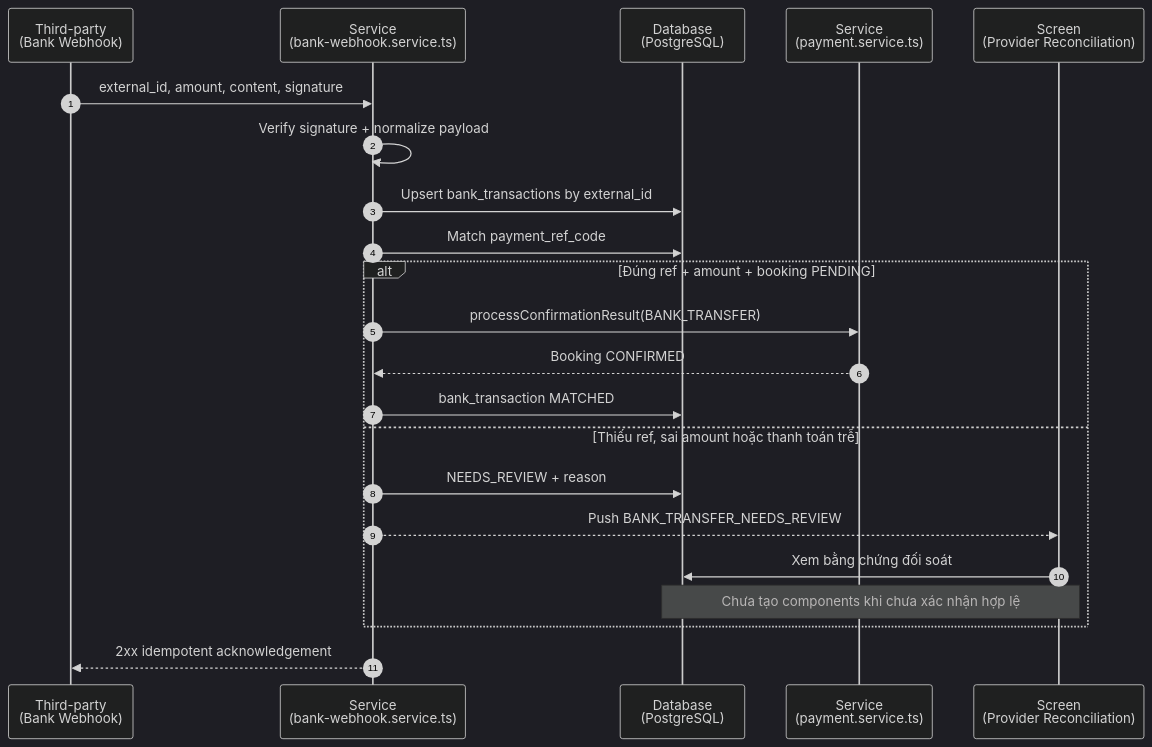
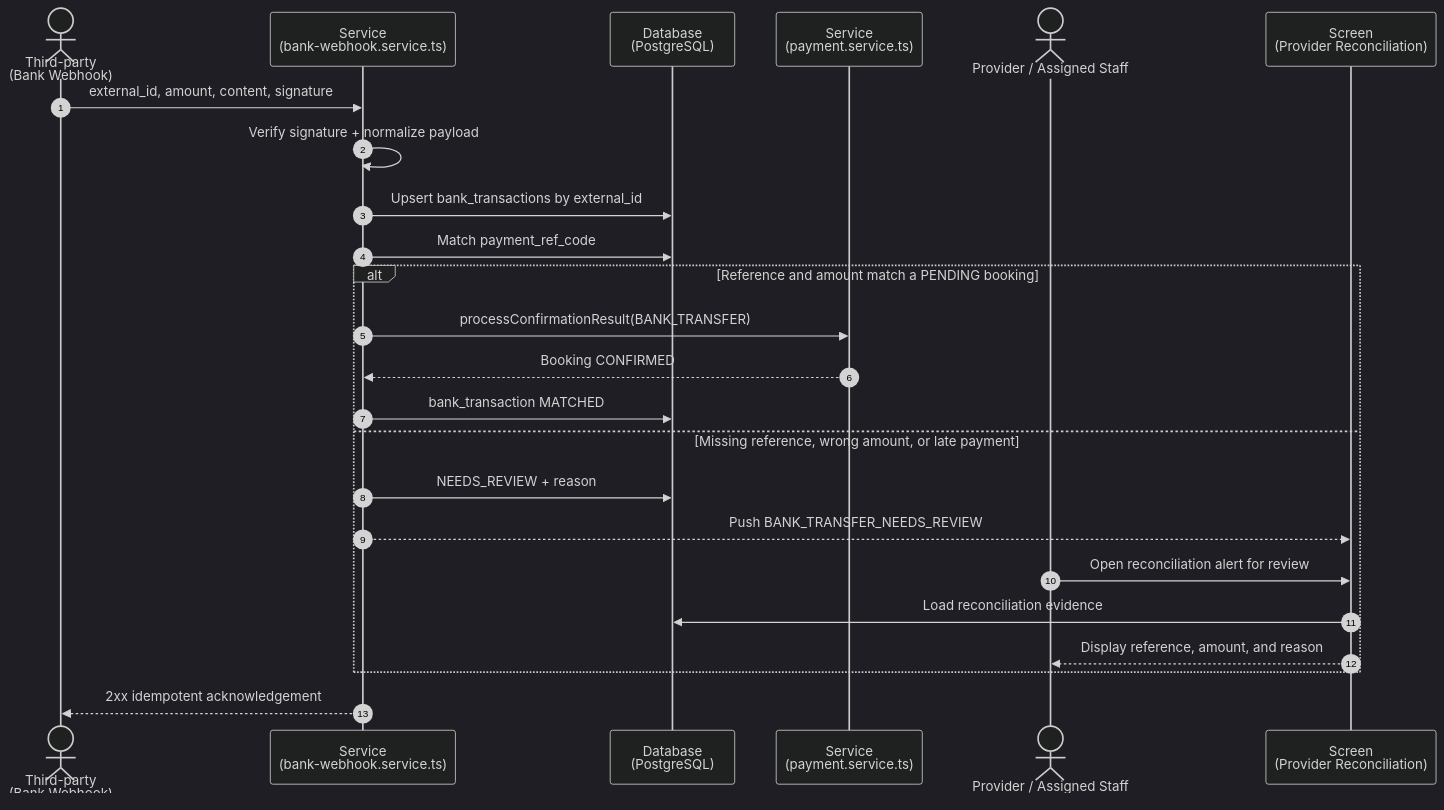
The sixth of 6 diagrams in docs/diagrams/sequence/sequence-flow-booking-payment-report4.md (tomishere0712/rcfield-platform), drawn with Mermaid (dark theme) before and after one commit. The commit also changed other lines of this file and 21 other files, not shown here.

````diff
--- a/docs/diagrams/sequence/sequence-flow-booking-payment-report4.md
+++ b/docs/diagrams/sequence/sequence-flow-booking-payment-report4.md
@@ -169,24 +172,27 @@
 ```mermaid
 sequenceDiagram
     autonumber
-    participant Bank as Third-party<br/>(Bank Webhook)
+    actor Bank as Third-party<br/>(Bank Webhook)
     participant WH as Service<br/>(bank-webhook.service.ts)
     participant DB as Database<br/>(PostgreSQL)
     participant PE as Service<br/>(payment.service.ts)
+    actor P as Provider / Assigned Staff
     participant Ops as Screen<br/>(Provider Reconciliation)
     Bank->>WH: external_id, amount, content, signature
     WH->>WH: Verify signature + normalize payload
     WH->>DB: Upsert bank_transactions by external_id
     WH->>DB: Match payment_ref_code
-    alt Đúng ref + amount + booking PENDING
+    alt Reference and amount match a PENDING booking
         WH->>PE: processConfirmationResult(BANK_TRANSFER)
         PE-->>WH: Booking CONFIRMED
         WH->>DB: bank_transaction MATCHED
-    else Thiếu ref, sai amount hoặc thanh toán trễ
+    else Missing reference, wrong amount, or late payment
         WH->>DB: NEEDS_REVIEW + reason
         WH-->>Ops: Push BANK_TRANSFER_NEEDS_REVIEW
-        Ops->>DB: Xem bằng chứng đối soát
-        Note over Ops,DB: Chưa tạo components khi chưa xác nhận hợp lệ
+        P->>Ops: Open reconciliation alert for review
+        Ops->>DB: Load reconciliation evidence
+        Ops-->>P: Display reference, amount, and reason
+        
     end
     WH-->>Bank: 2xx idempotent acknowledgement
 ```
````
